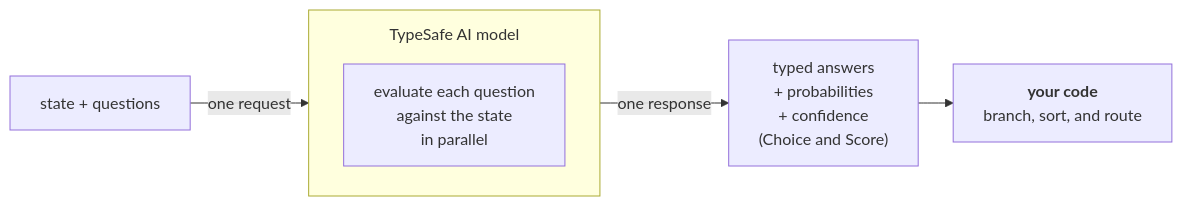
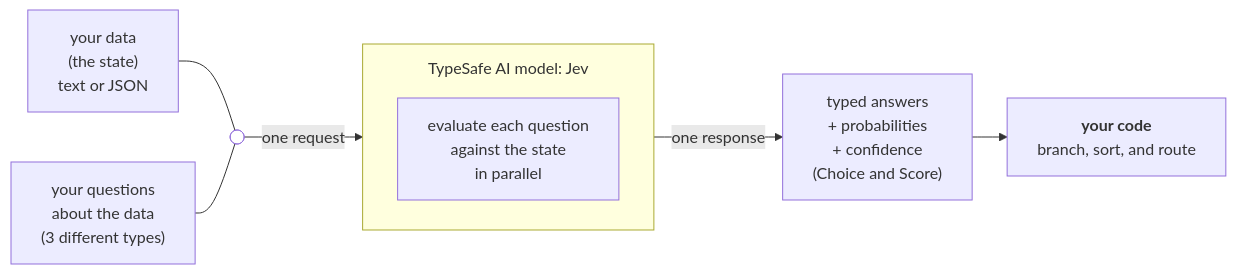
One commit to IamKrill1n/typesafe-docs changed the diagram in docs/introduction.md. Above: the diagram before and after it, drawn with Mermaid. The commit also changed 24 other files, not shown here.

Commit message:
docs: sync TypeSafe documentation (2026-10-13)

````diff
--- a/docs/introduction.md
+++ b/docs/introduction.md
@@ -9,13 +9,24 @@
 ```mermaid actions={true}
 %%{init: {"fontFamily": "Inter, sans-serif", "flowchart": {"rankSpacing": 35, "wrappingWidth": 300, "subGraphTitleMargin": {"top": 12, "bottom": 12}}}}%%
 flowchart LR
-    input["state + questions"]
+    state["your data<br/>(the state)<br/>text or JSON"]
+    questions["your questions<br/>about the data<br/>(3 different types)"]
 
-    subgraph model["TypeSafe AI model"]
+    %% not a node - the point where the two lines join into one request
+    join@{ shape: f-circ }
+
+    subgraph model["TypeSafe AI model: Jev"]
         evaluate["evaluate each question<br/>against the state<br/>in parallel"]
     end
 
-    input -- "one request" --> model
+    state --- join
+    questions --- join
+    join -- "one request" --> model
     model -- "one response" --> answers["typed answers<br/>+ probabilities<br/>+ confidence<br/>(Choice and Score)"]
     answers --> code["<b>your code</b><br/>branch, sort, and route"]
+
+    %% fill:none drops mermaid's own dot; .junction in styles.css redraws
+    %% the shape as the three short arms that bridge the join.
+    classDef junction fill:none
+    class join junction
 ```
````
